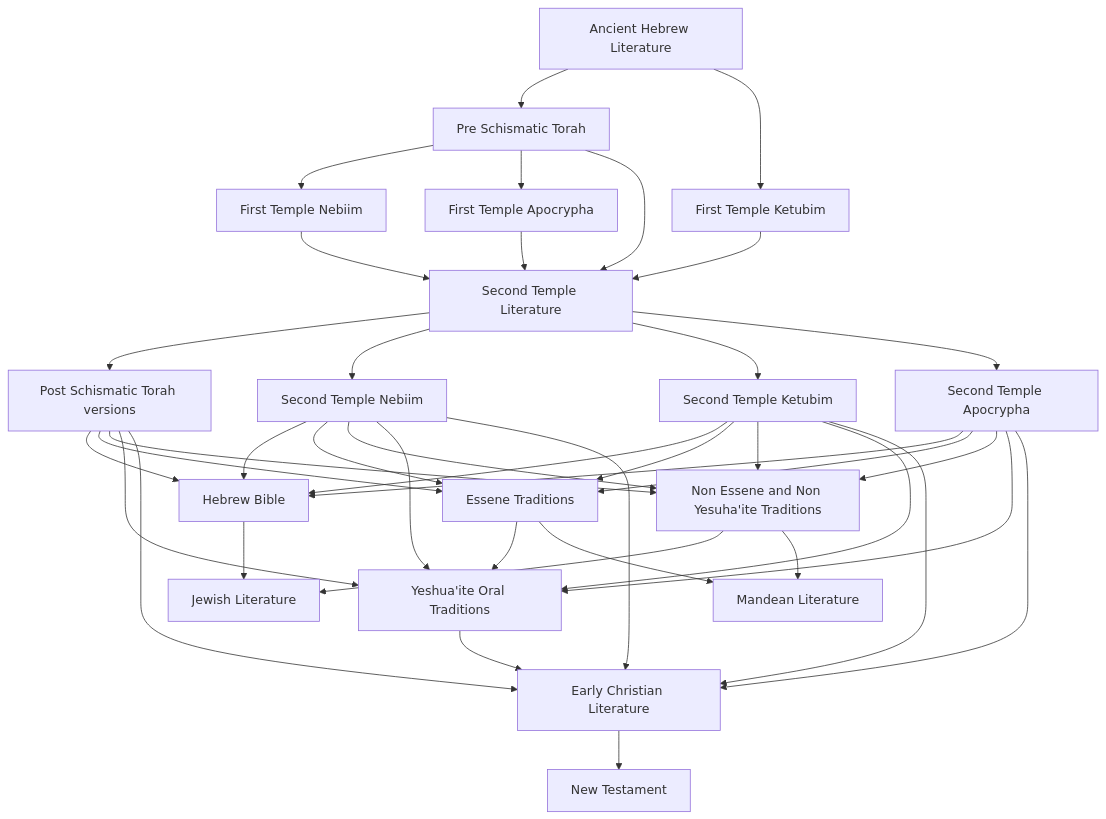
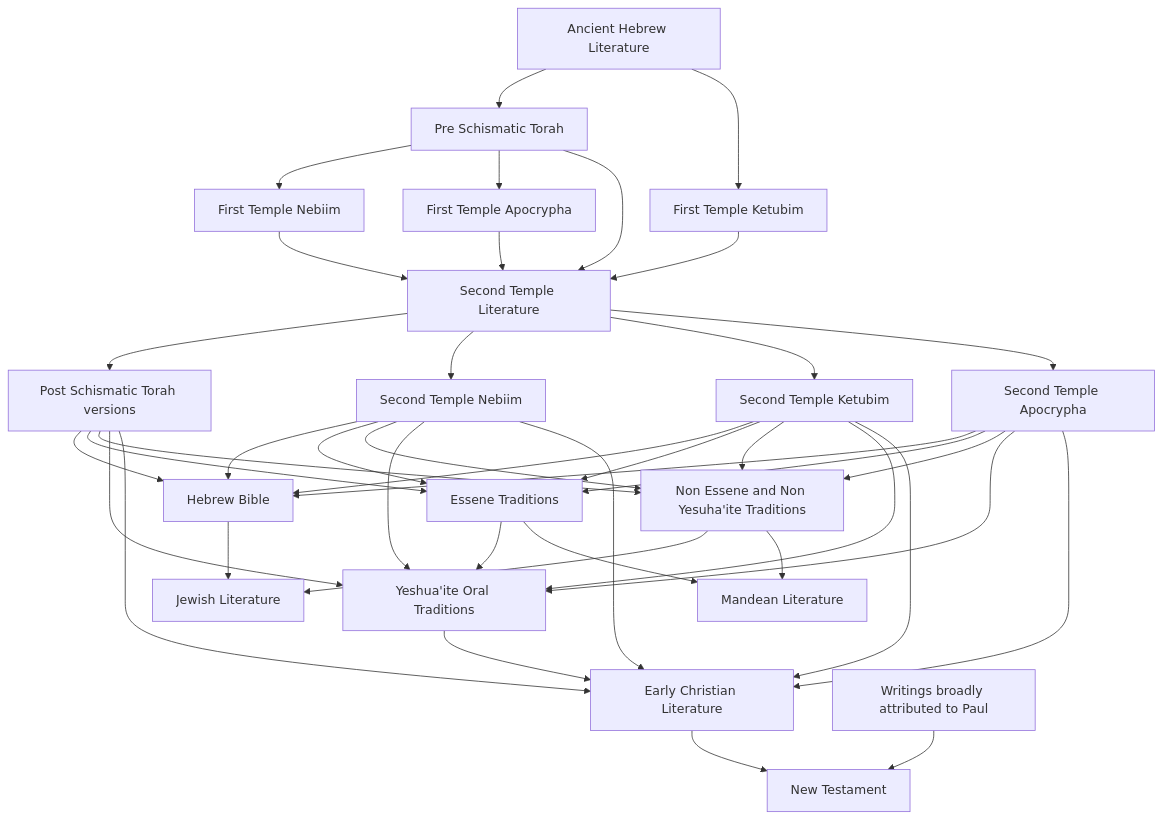
Before and after one commit to bendqh1/mermaid: the diagram in judeo_christian_religious_literature.mermaid, drawn with Mermaid.

```diff
--- a/judeo_christian_religious_literature.mermaid
+++ b/judeo_christian_religious_literature.mermaid
@@ -1,24 +1,25 @@
 flowchart TD
     A1[Ancient Hebrew Literature]
     A1 --> A2[Pre Schismatic Torah]
     A2 --> A3[First Temple Nebiim] 
     A1 --> A4[First Temple Ketubim]
     A2 --> A5[First Temple Apocrypha]
     
     A2 & A3 & A4 & A5 --> B1[Second Temple Literature]
 
     B1 --> B2[Post Schismatic Torah versions]
     B1 --> B3[Second Temple Nebiim]
     B1 --> B4[Second Temple Ketubim]
     B1 --> B5[Second Temple Apocrypha]
 
     B2 & B3 & B4 & B5 --> C1[Hebrew Bible]
     B2 & B3 & B4 & B5 --> C2[Essene Traditions]
     B2 & B3 & B4 & B5 --> C3[Non Essene and Non Yesuha'ite Traditions]
     B2 & B3 & B4 & B5 & C2 --> C4[Yeshua'ite Oral Traditions]
 
     C1 & C3 --> D1[Jewish Literature]
     C2 & C3 --> D2[Mandean Literature]
     B2 & B3 & B4 & B5 & C4 --> D3[Early Christian Literature]
+    D4[Writings broadly attributed to Paul]
 
-    D3 --> E1[New Testament]
+    D3 & D4 --> E1[New Testament]
```
